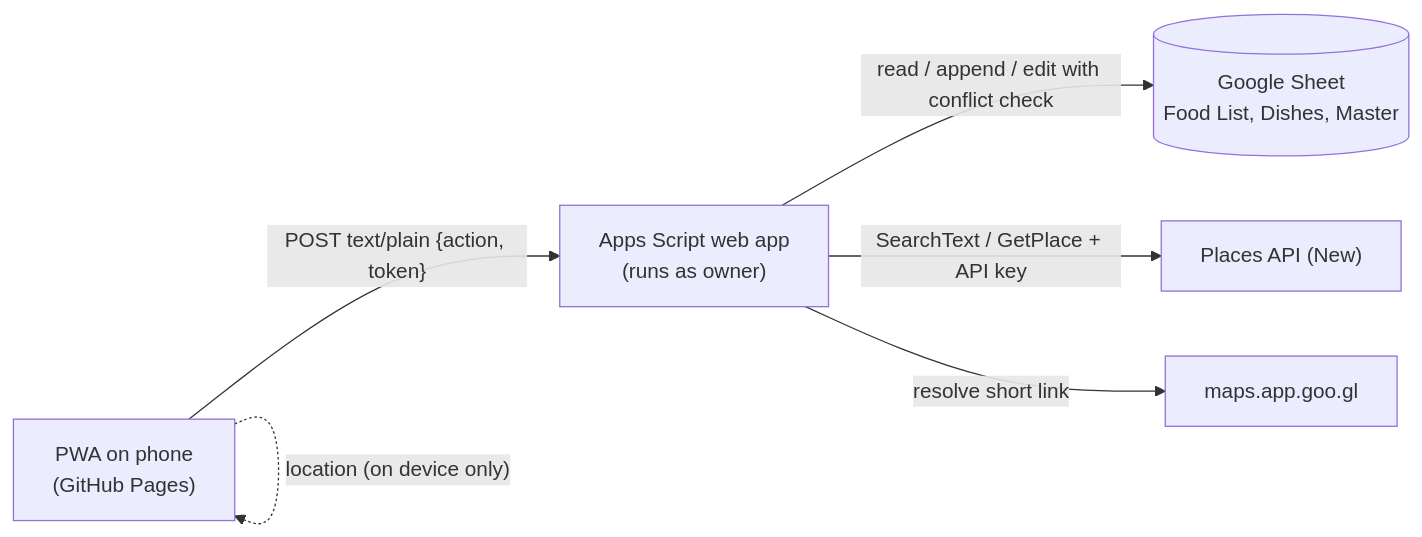
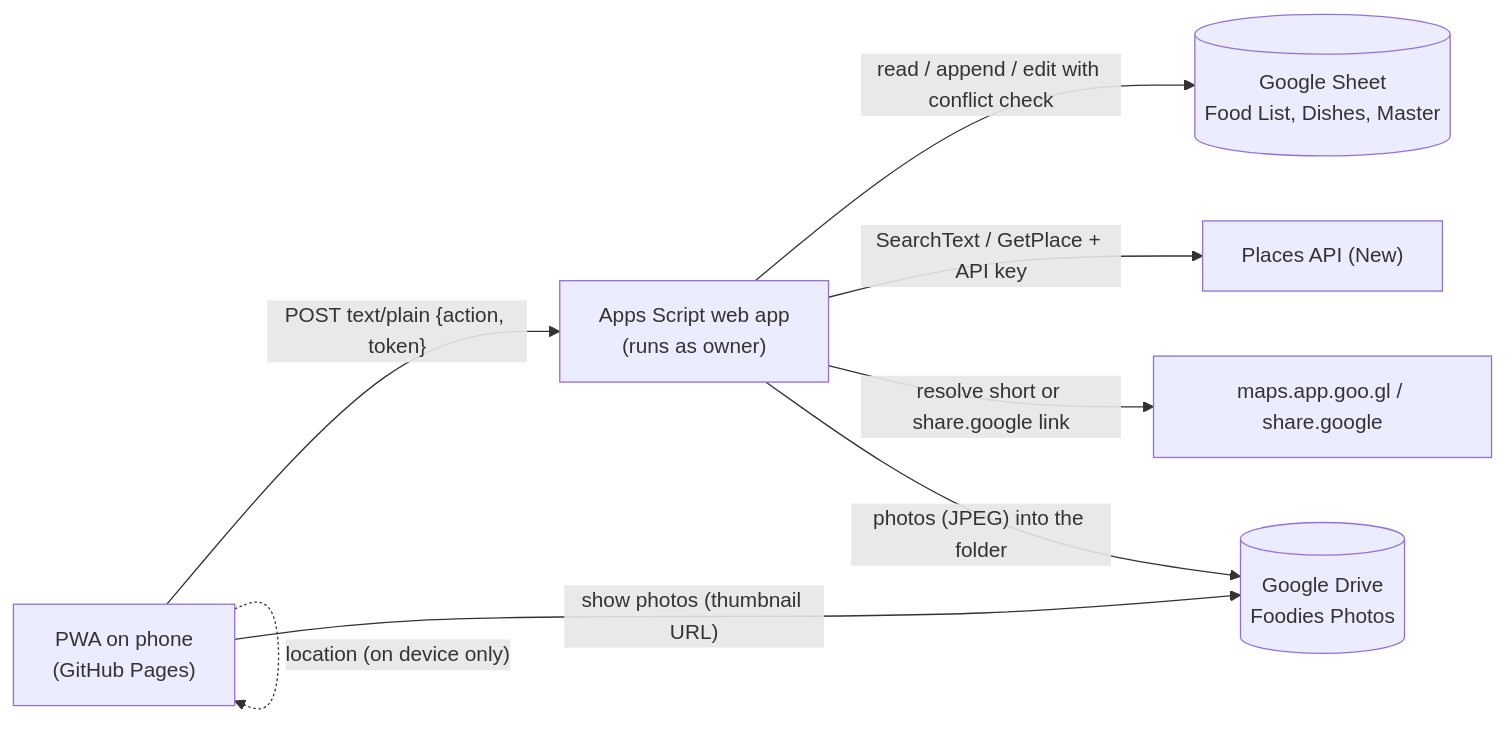
One commit to wivawilana67/foodies-directory changed the diagram in README.md. Above: the diagram before and after it, drawn with Mermaid. The commit also changed other lines of this file and 4 other files, not shown here.

First line of the commit message:
Docs: share.google links, English lookups, photos, theme

````diff
--- a/README.md
+++ b/README.md
@@ -70,8 +82,10 @@
 ```mermaid
 flowchart LR
   Phone["PWA on phone<br/>(GitHub Pages)"] -- "POST text/plain {action, token}" --> GAS["Apps Script web app<br/>(runs as owner)"]
   GAS -- "read / append / edit with conflict check" --> Sheet[("Google Sheet<br/>Food List, Dishes, Master")]
   GAS -- "SearchText / GetPlace + API key" --> Places["Places API (New)"]
-  GAS -- "resolve short link" --> Maps["maps.app.goo.gl"]
+  GAS -- "resolve short or share.google link" --> Maps["maps.app.goo.gl / share.google"]
+  GAS -- "photos (JPEG) into the folder" --> Drive[("Google Drive<br/>Foodies Photos")]
+  Phone -- "show photos (thumbnail URL)" --> Drive
   Phone -. "location (on device only)" .-> Phone
 ```
````
